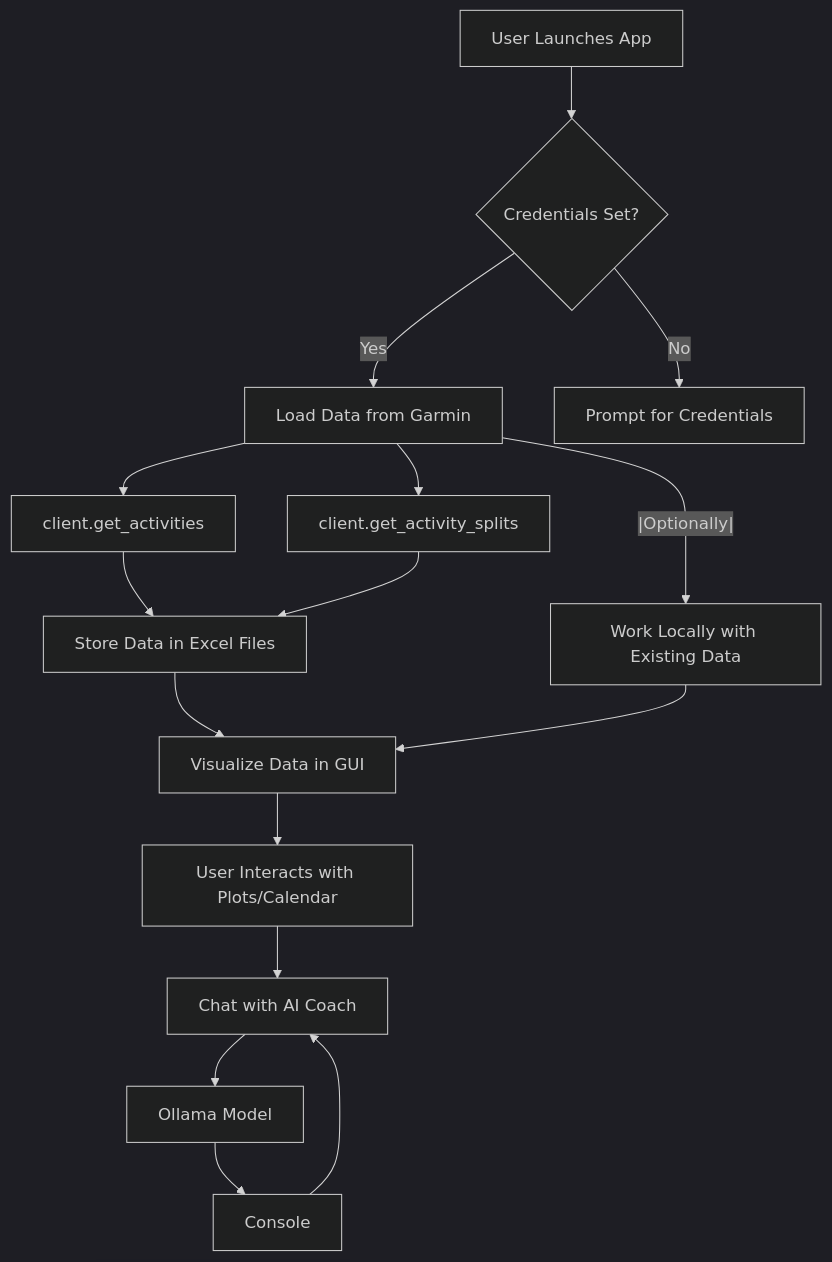
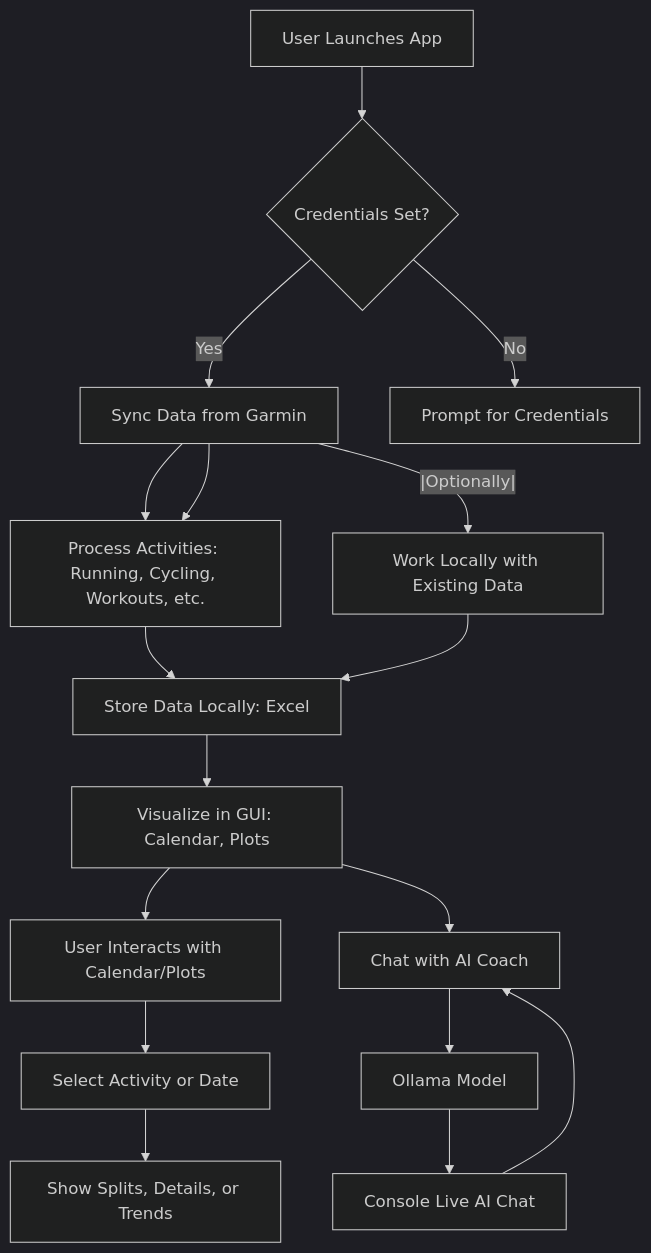
Before and after one commit to ryankari/Activity_Tracking: the diagram in readme.md, drawn with Mermaid (dark theme). The commit also changed other lines of this file and 4 other files, not shown here.

````diff
--- a/readme.md
+++ b/readme.md
@@ -31,18 +32,19 @@
 ```mermaid
 flowchart TD
     A[User Launches App] --> B{Credentials Set?}
-    B -- Yes --> C[Load Data from Garmin]
+    B -- Yes --> C[Sync Data from Garmin]
     B -- No --> D[Prompt for Credentials]
-    C --> C1[client.get_activities]
-    C --> C2[client.get_activity_splits]
-    C1 --> EE[Store Data in Excel Files]
-    C2 --> EE
-    EE --> F[Visualize Data in GUI]
-    F --> G[User Interacts with Plots/Calendar]
-    G --> H[Chat with AI Coach]
-    H --> I[Ollama Model]
-    I--> J[Console]
-    J--> H
-    C --|Optionally|--> K[Work Locally with Existing Data]
-    K --> F
+    C --> E[Process Activities Running, Cycling, Workouts, etc.]
+    C --> E[Process Activities: Running, Cycling, Workouts, etc.]
+    E --> F[Store Data Locally: Excel]
+    F --> G[Visualize in GUI: Calendar, Plots]
+    G --> H[User Interacts with Calendar/Plots]
+    H --> I[Select Activity or Date]
+    I --> J[Show Splits, Details, or Trends]
+    G --> K[Chat with AI Coach]
+    K --> L[Ollama Model]
+    L --> M[Console Live AI Chat]
+    M --> K
+    C --|Optionally|--> N[Work Locally with Existing Data]
+    N --> F
 ```
````
